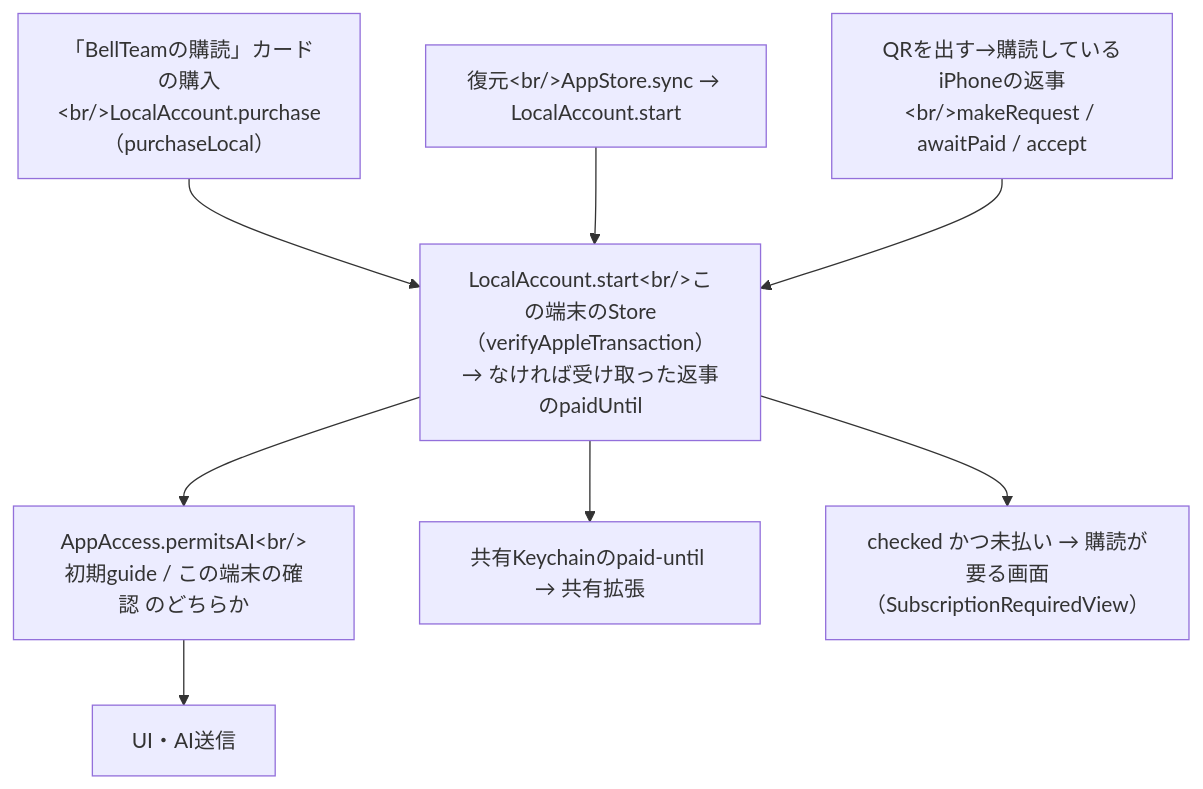
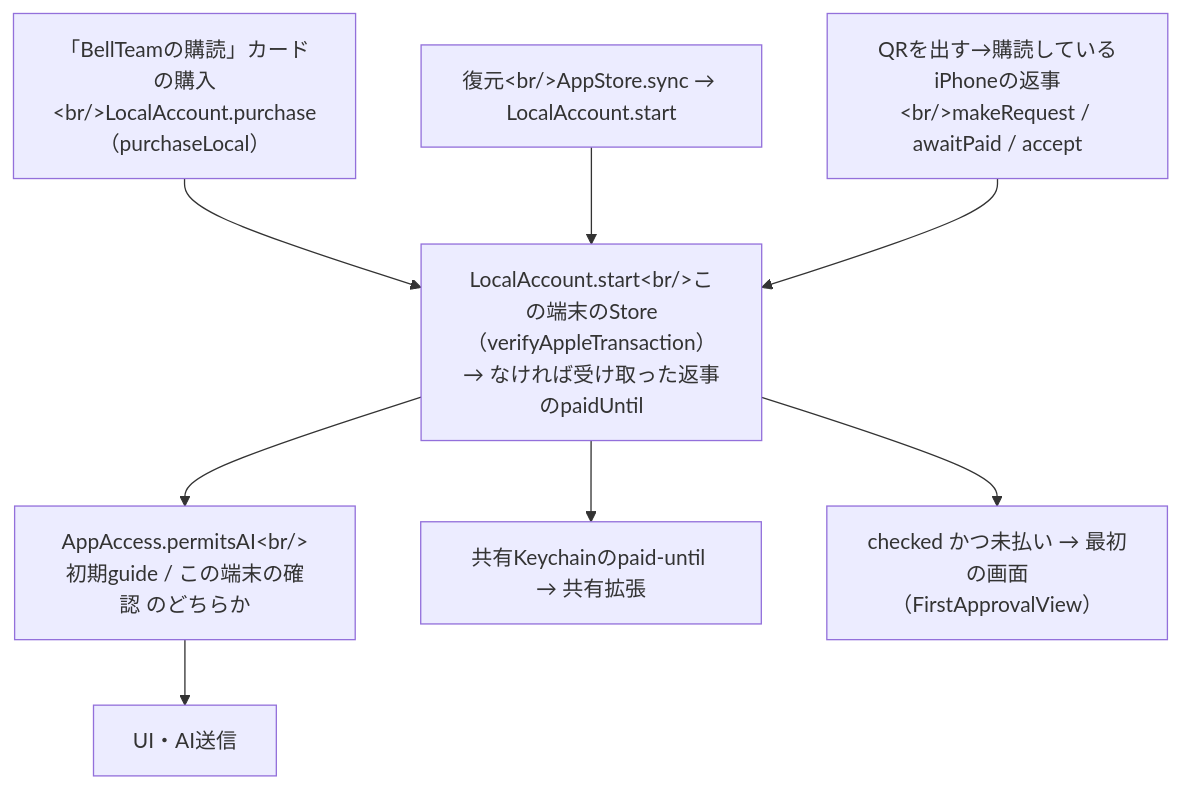
The fourth of 4 diagrams in docs/architecture/modules/apple/lifecycle-and-platform.md (kitepon/BellTeam), drawn with Mermaid before and after one commit. The commit also changed other lines of this file and 7 other files, not shown here.

First line of the commit message:
Apple: the first screen shows how a parent device approves this one (first-screen-parent-approval, lb0220-clients)

````diff
--- a/docs/architecture/modules/apple/lifecycle-and-platform.md
+++ b/docs/architecture/modules/apple/lifecycle-and-platform.md
@@ -87,10 +87,10 @@
 ```mermaid
 flowchart TD
   Local["LocalAccount.start&lt;br/&gt;この端末のStore（verifyAppleTransaction）→ なければ受け取った返事のpaidUntil"] --> Access["AppAccess.permitsAI&lt;br/&gt;初期guide / この端末の確認 のどちらか"]
   Buy["「BellTeamの購読」カードの購入&lt;br/&gt;LocalAccount.purchase（purchaseLocal）"] --> Local
   Restore["復元&lt;br/&gt;AppStore.sync → LocalAccount.start"] --> Local
   QR["QRを出す→購読しているiPhoneの返事&lt;br/&gt;makeRequest / awaitPaid / accept"] --> Local
   Access --> UI["UI・AI送信"]
   Local --> Share["共有Keychainのpaid-until → 共有拡張"]
-  Local --> Wall["checked かつ未払い → 購読が要る画面（SubscriptionRequiredView）"]
+  Local --> Wall["checked かつ未払い → 最初の画面（FirstApprovalView）"]
 ```
````
